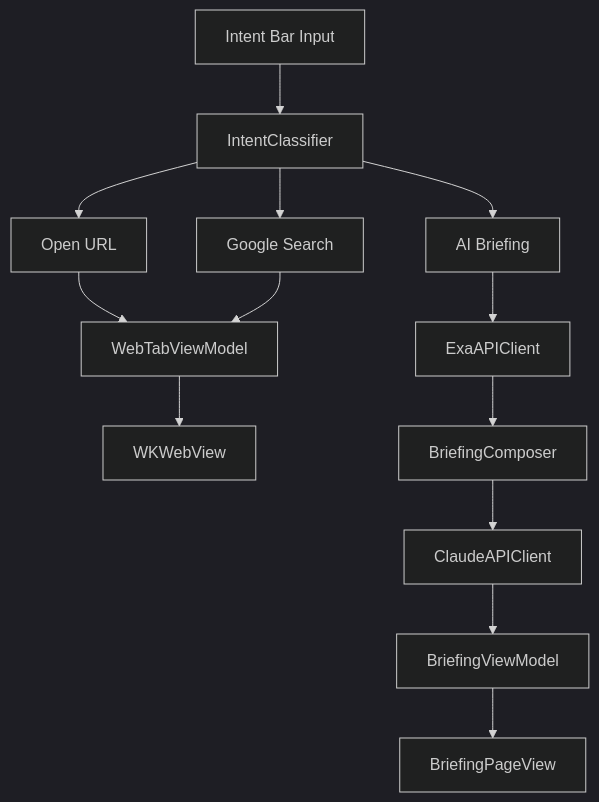
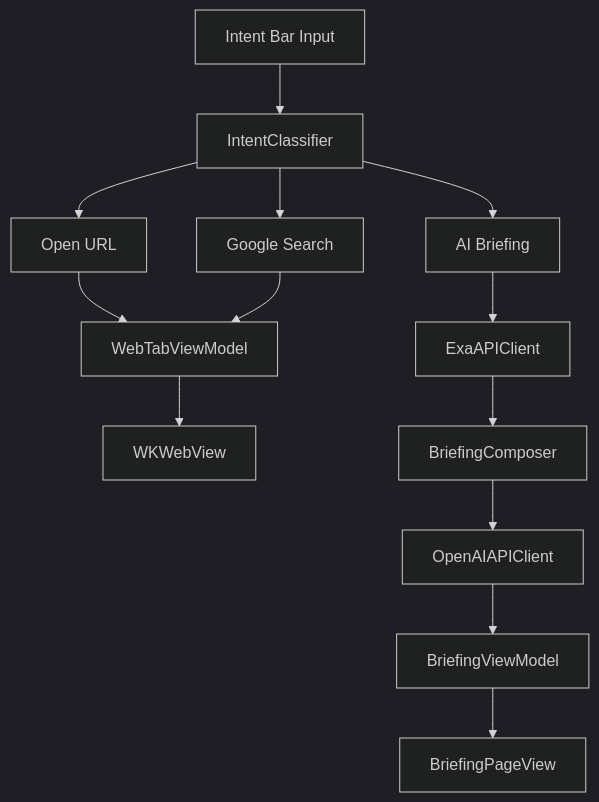
One commit to daniel-inderos/browse changed the first of 2 diagrams in README.md. Above: the diagram before and after it, drawn with Mermaid (dark theme). The commit also changed other lines of this file and 18 other files, not shown here.

````diff
--- a/README.md
+++ b/README.md
@@ -351,15 +350,15 @@
 ```mermaid
 flowchart TD
     A["Intent Bar Input"] --> B["IntentClassifier"]
     B --> C["Open URL"]
     B --> D["Google Search"]
     B --> E["AI Briefing"]
     C --> F["WebTabViewModel"]
     D --> F
     F --> G["WKWebView"]
     E --> H["ExaAPIClient"]
     H --> I["BriefingComposer"]
-    I --> J["ClaudeAPIClient"]
+    I --> J["OpenAIAPIClient"]
     J --> K["BriefingViewModel"]
     K --> L["BriefingPageView"]
 ```
````
